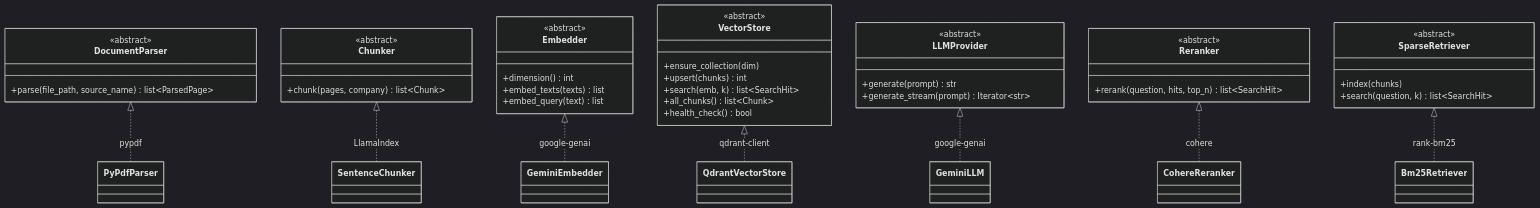
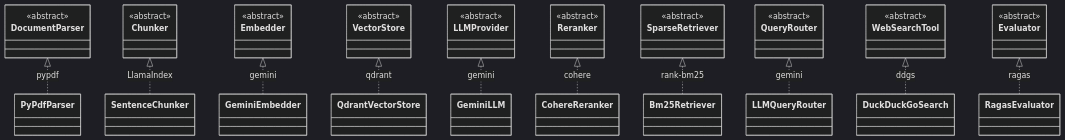
Before and after one commit to RajatRajSharma/finQueryBackend: the first of 7 diagrams in README.md, drawn with Mermaid (dark theme). The commit also changed other lines of this file and 33 other files, not shown here.

````diff
--- a/README.md
+++ b/README.md
@@ -236,47 +169,24 @@
 ```mermaid
 classDiagram
-    class DocumentParser {
-        <<abstract>>
-        +parse(file_path, source_name) list~ParsedPage~
-    }
-    class Chunker {
-        <<abstract>>
-        +chunk(pages, company) list~Chunk~
-    }
-    class Embedder {
-        <<abstract>>
-        +dimension() int
-        +embed_texts(texts) list
-        +embed_query(text) list
-    }
-    class VectorStore {
-        <<abstract>>
-        +ensure_collection(dim)
-        +upsert(chunks) int
-        +search(emb, k) list~SearchHit~
-        +all_chunks() list~Chunk~
-        +health_check() bool
-    }
-    class LLMProvider {
-        <<abstract>>
-        +generate(prompt) str
-        +generate_stream(prompt) Iterator~str~
-    }
-    class Reranker {
-        <<abstract>>
-        +rerank(question, hits, top_n) list~SearchHit~
-    }
-    class SparseRetriever {
-        <<abstract>>
-        +index(chunks)
-        +search(question, k) list~SearchHit~
-    }
+    class DocumentParser { <<abstract>> }
+    class Chunker { <<abstract>> }
+    class Embedder { <<abstract>> }
+    class VectorStore { <<abstract>> }
+    class LLMProvider { <<abstract>> }
+    class Reranker { <<abstract>> }
+    class SparseRetriever { <<abstract>> }
+    class QueryRouter { <<abstract>> }
+    class WebSearchTool { <<abstract>> }
+    class Evaluator { <<abstract>> }
 
     DocumentParser <|.. PyPdfParser : pypdf
     Chunker <|.. SentenceChunker : LlamaIndex
-    Embedder <|.. GeminiEmbedder : google-genai
-    VectorStore <|.. QdrantVectorStore : qdrant-client
-    LLMProvider <|.. GeminiLLM : google-genai
+    Embedder <|.. GeminiEmbedder : gemini
+    VectorStore <|.. QdrantVectorStore : qdrant
+    LLMProvider <|.. GeminiLLM : gemini
     Reranker <|.. CohereReranker : cohere
     SparseRetriever <|.. Bm25Retriever : rank-bm25
+    QueryRouter <|.. LLMQueryRouter : gemini
+    WebSearchTool <|.. DuckDuckGoSearch : ddgs
+    Evaluator <|.. RagasEvaluator : ragas
 ```
````
